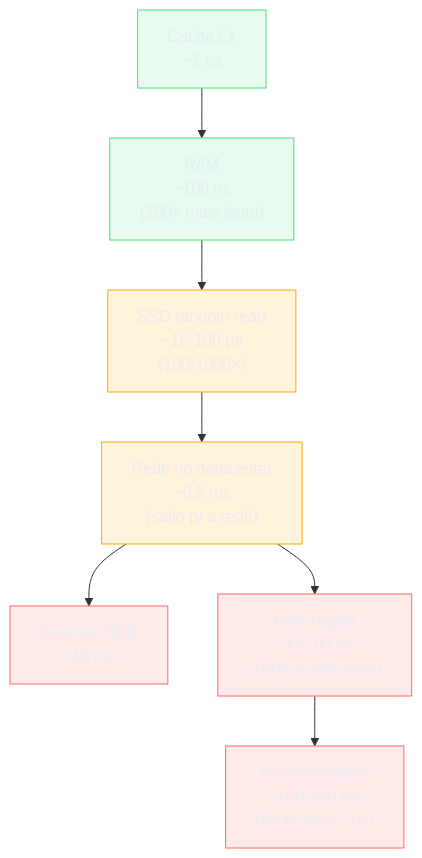
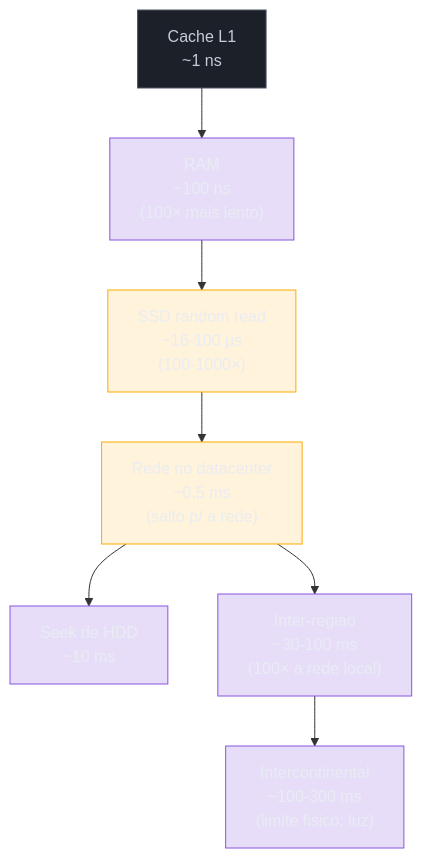
One commit to josenaldo/codex-technomanticus changed the first of 5 diagrams in 03-Dominios/Ciência/Redes e Protocolos/12 - Latência, throughput e os números.md. Above: the diagram before and after it, drawn with Mermaid. The commit also changed other lines of this file and 601 other files, not shown here.

````diff
--- a/03-Dominios/Ciência/Redes e Protocolos/12 - Latência, throughput e os números.md
+++ b/03-Dominios/Ciência/Redes e Protocolos/12 - Latência, throughput e os números.md
@@ -90,20 +90,20 @@
 ```mermaid
 flowchart TD
-    classDef ok fill:#4ADE8021,stroke:#4ADE80,color:#E9ECF2
+    classDef marca fill:#8855DF33,stroke:#8855DF,color:#E9ECF2
+    classDef neutro fill:#1B2029,stroke:#4E5666,color:#C6CCD8
     classDef destaque fill:#FFAA0024,stroke:#FFAA00,color:#E9ECF2
-    classDef falha fill:#FF6B6B24,stroke:#FF6B6B,color:#E9ECF2
     L1["Cache L1<br/>~1 ns"] --> RAM["RAM<br/>~100 ns<br/>(100&times; mais lento)"]
     RAM --> SSD["SSD random read<br/>~16-100 &mu;s<br/>(100-1000&times;)"]
     SSD --> DC["Rede no datacenter<br/>~0,5 ms<br/>(salto p/ a rede)"]
     DC --> HDD["Seek de HDD<br/>~10 ms"]
     DC --> REG["Inter-regiao<br/>~30-100 ms<br/>(100&times; a rede local)"]
     REG --> INTER["Intercontinental<br/>~100-300 ms<br/>(limite fisico: luz)"]
 
-    class L1 ok
-    class RAM ok
+    class L1 neutro
+    class RAM marca
     class SSD destaque
     class DC destaque
-    class HDD falha
-    class REG falha
-    class INTER falha
+    class HDD marca
+    class REG marca
+    class INTER marca
 ```
````
